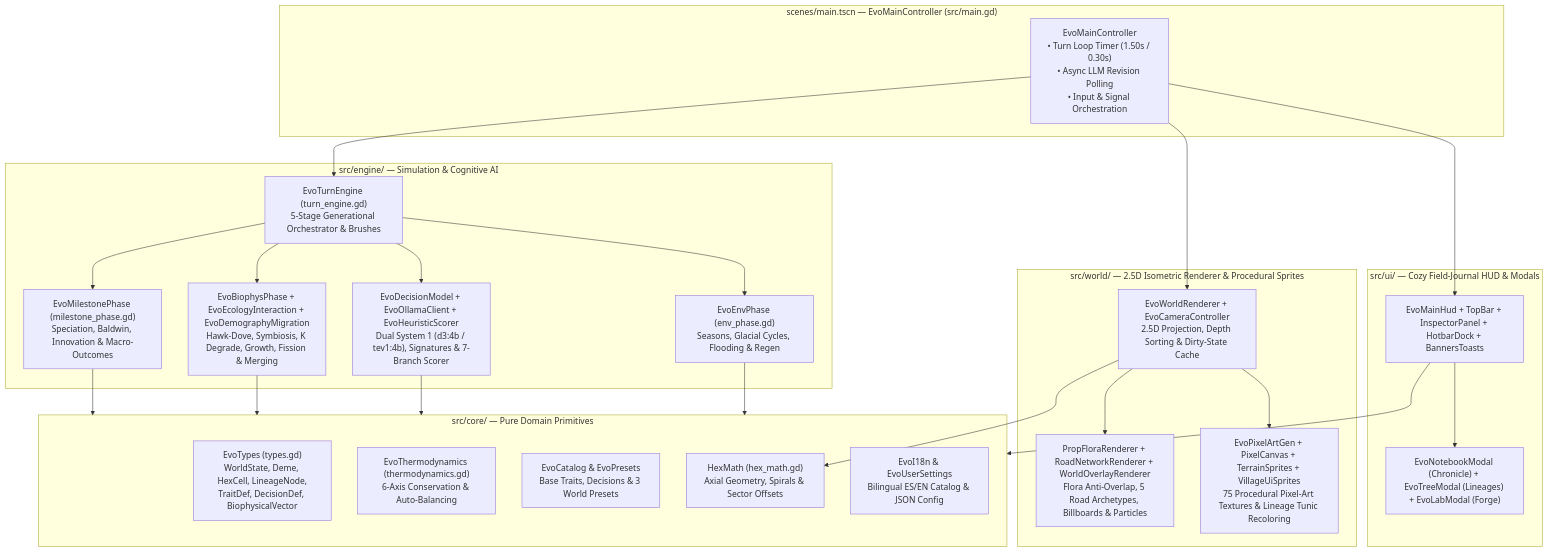
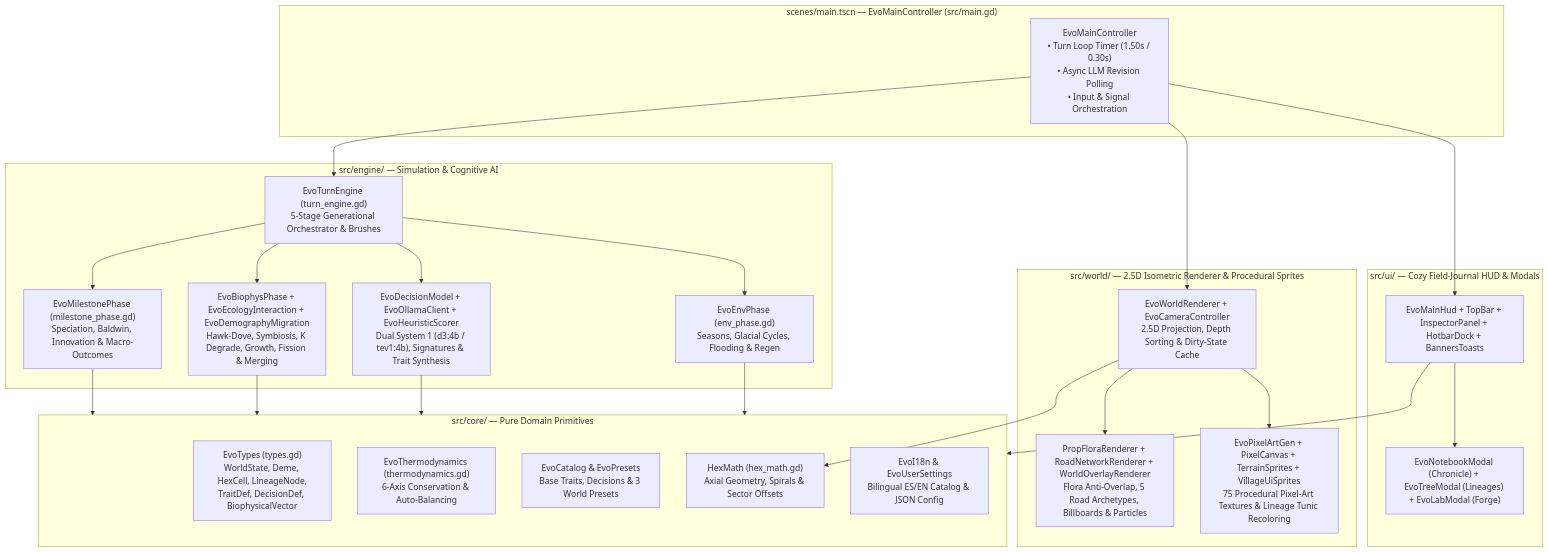
Before and after one commit to arrase/Evolution: the diagram in gh-pages/architecture_developer.md, drawn with Mermaid. The commit also changed other lines of this file and 15 other files, not shown here.

First line of the commit message:
Enforce live Ollama decision models and remove deterministic decision heuristics

````diff
--- a/gh-pages/architecture_developer.md
+++ b/gh-pages/architecture_developer.md
@@ -9,41 +9,41 @@
 ```mermaid
 flowchart TD
     subgraph Root ["scenes/main.tscn — EvoMainController (src/main.gd)"]
         Main["EvoMainController\n• Turn Loop Timer (1.50s / 0.30s)\n• Async LLM Revision Polling\n• Input & Signal Orchestration"]
     end
 
     subgraph Core ["src/core/ — Pure Domain Primitives"]
         Types["EvoTypes (types.gd)\nWorldState, Deme, HexCell, LineageNode,\nTraitDef, DecisionDef, BiophysicalVector"]
         Thermo["EvoThermodynamics (thermodynamics.gd)\n6-Axis Conservation & Auto-Balancing"]
         Catalog["EvoCatalog & EvoPresets\nBase Traits, Decisions & 3 World Presets"]
         HexMath["HexMath (hex_math.gd)\nAxial Geometry, Spirals & Sector Offsets"]
         I18n["EvoI18n & EvoUserSettings\nBilingual ES/EN Catalog & JSON Config"]
     end
 
     subgraph Engine ["src/engine/ — Simulation & Cognitive AI"]
         Turn["EvoTurnEngine (turn_engine.gd)\n5-Stage Generational Orchestrator & Brushes"]
         Env["EvoEnvPhase (env_phase.gd)\nSeasons, Glacial Cycles, Flooding & Regen"]
-        Cog["EvoDecisionModel + EvoOllamaClient + EvoHeuristicScorer\nDual System 1 (d3:4b / tev1:4b), Signatures & 7-Branch Scorer"]
+        Cog["EvoDecisionModel + EvoOllamaClient + EvoHeuristicScorer\nDual System 1 (d3:4b / tev1:4b), Signatures & Trait Synthesis"]
         Biophys["EvoBiophysPhase + EvoEcologyInteraction + EvoDemographyMigration\nHawk-Dove, Symbiosis, K Degrade, Growth, Fission & Merging"]
         Mile["EvoMilestonePhase (milestone_phase.gd)\nSpeciation, Baldwin, Innovation & Macro-Outcomes"]
     end
 
     subgraph World ["src/world/ — 2.5D Isometric Renderer & Procedural Sprites"]
         Renderer["EvoWorldRenderer + EvoCameraController\n2.5D Projection, Depth Sorting & Dirty-State Cache"]
         SubRender["PropFloraRenderer + RoadNetworkRenderer + WorldOverlayRenderer\nFlora Anti-Overlap, 5 Road Archetypes, Billboards & Particles"]
         Sprites["EvoPixelArtGen + PixelCanvas + TerrainSprites + VillageUiSprites\n75 Procedural Pixel-Art Textures & Lineage Tunic Recoloring"]
     end
 
     subgraph UI ["src/ui/ — Cozy Field-Journal HUD & Modals"]
         HUD["EvoMainHud + TopBar + InspectorPanel + HotbarDock + BannersToasts"]
         Modals["EvoNotebookModal (Chronicle) + EvoTreeModal (Lineages) + EvoLabModal (Forge)"]
     end
 
     Main --> Turn
     Main --> Renderer
     Main --> HUD
     Turn --> Env & Cog & Biophys & Mile
     Env & Cog & Biophys & Mile --> Core
     Renderer --> SubRender & Sprites & HexMath
     HUD --> Modals & Core
 ```
````
